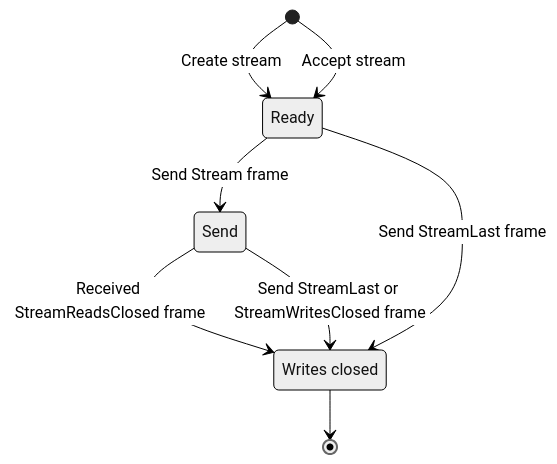
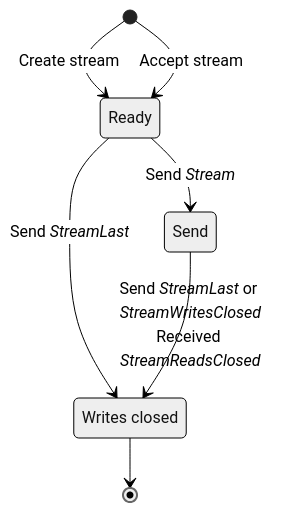
The first of 2 diagrams in pages/icerpc-core/slic-protocol/streams.md (icerpc/icerpc-docs), drawn with Mermaid (neutral theme) before and after one commit. The commit also changed other lines of this file and 2 other files, not shown here.

Commit message:
Review fixes

````diff
--- a/pages/icerpc-core/slic-protocol/streams.md
+++ b/pages/icerpc-core/slic-protocol/streams.md
@@ -77,11 +77,10 @@
 ```mermaid
 stateDiagram
     WritesClosed : Writes closed
     [*] --> Ready: Create stream
     [*] --> Ready: Accept stream
-    Ready --> Send: Send Stream frame
-    Send --> WritesClosed: Received StreamReadsClosed frame
-    Ready --> WritesClosed: Send StreamLast frame
-    Send --> WritesClosed: Send StreamLast or StreamWritesClosed frame
+    Ready --> WritesClosed: Send <i>StreamLast</i>
+    Ready --> Send: Send <i>Stream</i>
+    Send --> WritesClosed: <center>Send <i>StreamLast</i> or <i>StreamWritesClosed</i><br />Received <i>StreamReadsClosed</i></center>
     WritesClosed --> [*]
 ```
````
